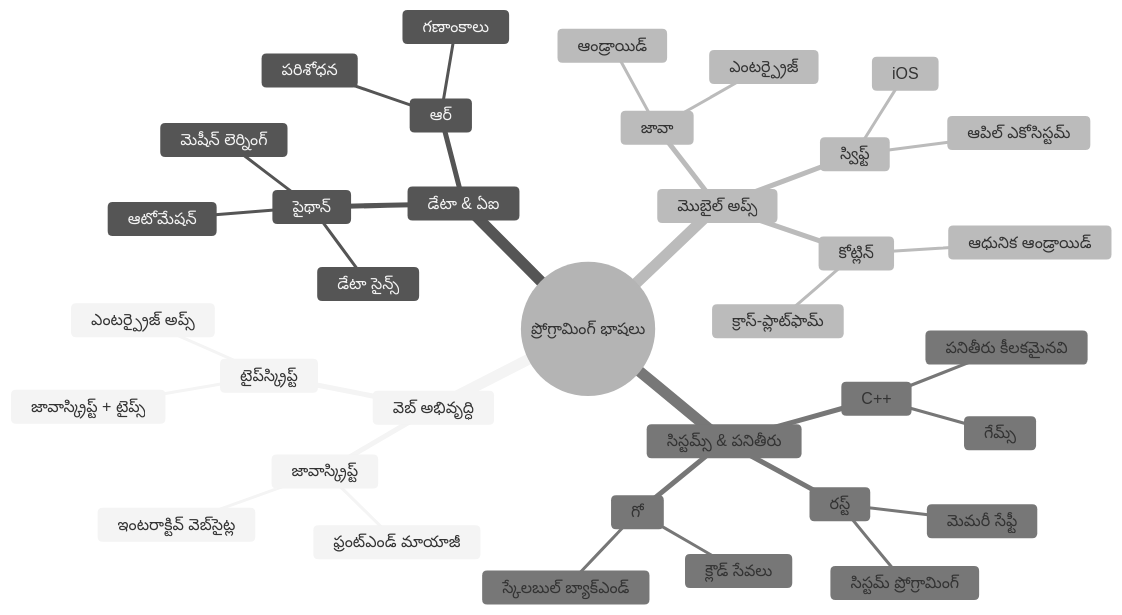
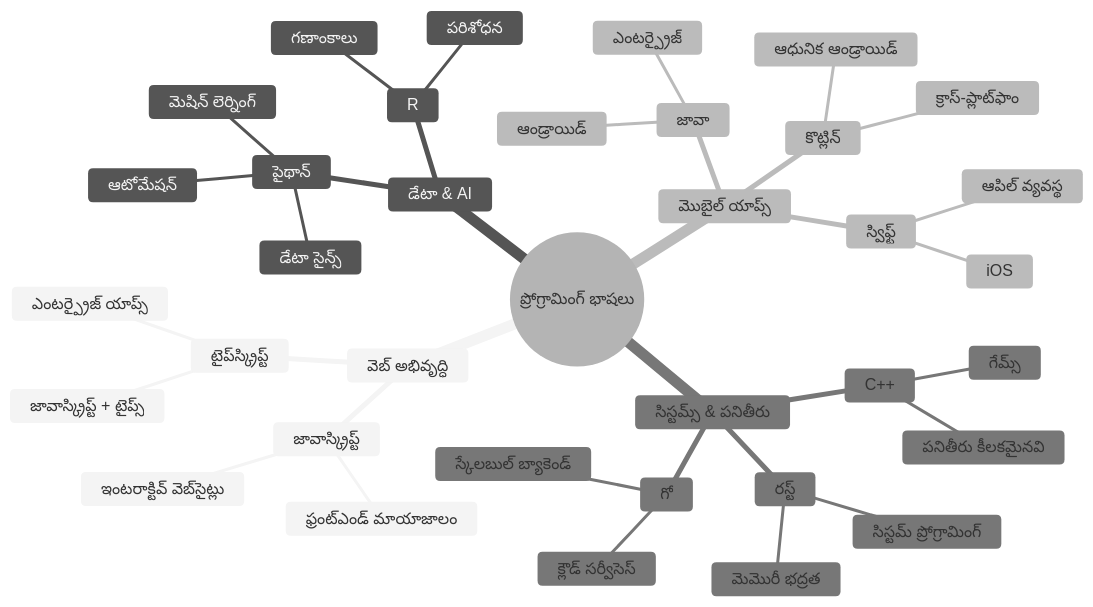
Before and after one commit to microsoft/Web-Dev-For-Beginners: the second of 7 diagrams in translations/te/1-getting-started-lessons/1-intro-to-programming-languages/README.md, drawn with Mermaid (neutral theme). The commit also changed other lines of this file and 8 other files, not shown here.

````diff
--- a/translations/te/1-getting-started-lessons/1-intro-to-programming-languages/README.md
+++ b/translations/te/1-getting-started-lessons/1-intro-to-programming-languages/README.md
@@ -84,39 +85,39 @@
 ```mermaid
 mindmap
   root((ప్రోగ్రామింగ్ భాషలు))
     వెబ్ అభివృద్ధి
       జావాస్క్రిప్ట్
-        ఫ్రంట్‌ఎండ్ మాయాజీ
-        ఇంటరాక్టివ్ వెబ్‌సైట్ల
+        ఫ్రంట్‌ఎండ్ మాయాజాలం
+        ఇంటరాక్టివ్ వెబ్‌సైట్లు
       టైప్‌స్క్రిప్ట్
         జావాస్క్రిప్ట్ + టైప్స్
-        ఎంటర్ప్రైజ్ అప్స్
-    డేటా & ఏఐ
+        ఎంటర్ప్రైజ్ యాప్స్
+    డేటా & AI
       పైథాన్
         డేటా సైన్స్
-        మెషీన్ లెర్నింగ్
-        ఆటోమేషన్
-      ఆర్
+        మెషిన్ లెర్నింగ్
+        ఆటోమేష‌న్
+      R
         గణాంకాలు
         పరిశోధన
-    మొబైల్ అప్స్
+    మొబైల్ యాప్స్
       జావా
         ఆండ్రాయిడ్
         ఎంటర్ప్రైజ్
       స్విఫ్ట్
         iOS
-        ఆపిల్ ఎకోసిస్టమ్
-      కోట్లిన్
+        ఆపిల్ వ్యవస్థ
+      కొట్లిన్
         ఆధునిక ఆండ్రాయిడ్
-        క్రాస్-ప్లాట్‌ఫామ్
+        క్రాస్-ప్లాట్‌ఫాం
     సిస్టమ్స్ & పనితీరు
       C++
         గేమ్స్
         పనితీరు కీలకమైనవి
       రస్ట్
-        మెమరీ సేఫ్టీ
+        మెమొరీ భద్రత
         సిస్టమ్ ప్రోగ్రామింగ్
       గో
-        క్లౌడ్ సేవలు
-        స్కేలబుల్ బ్యాక్‌ఎండ్
+        క్లౌడ్ సర్వీసెస్
+        స్కేలబుల్ బ్యాకెండ్
 ```
````
